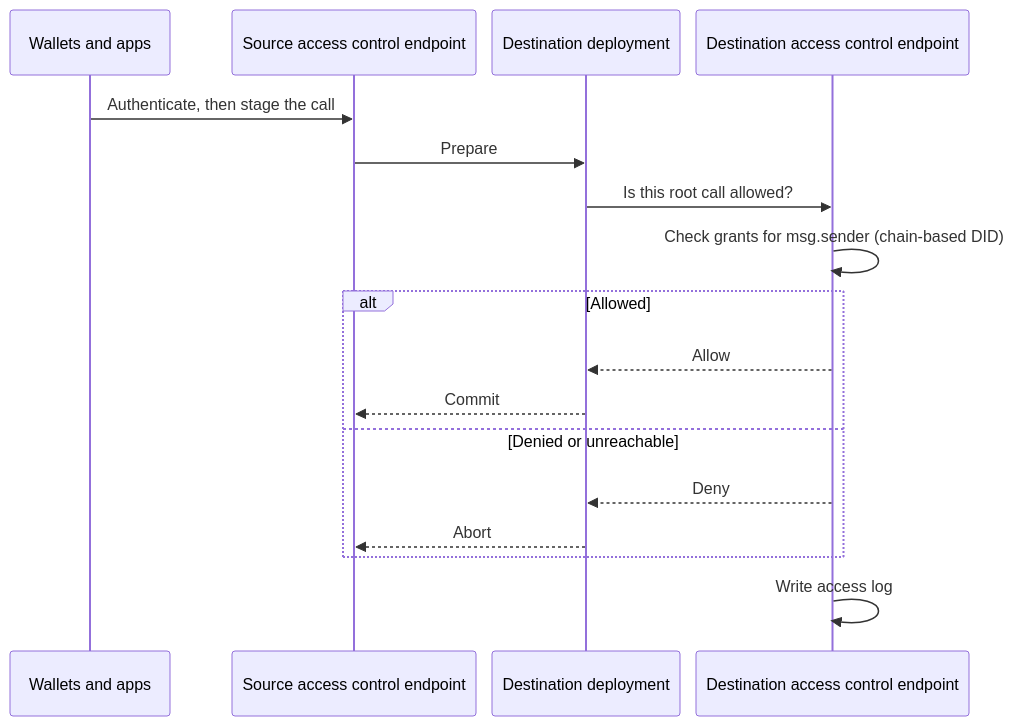
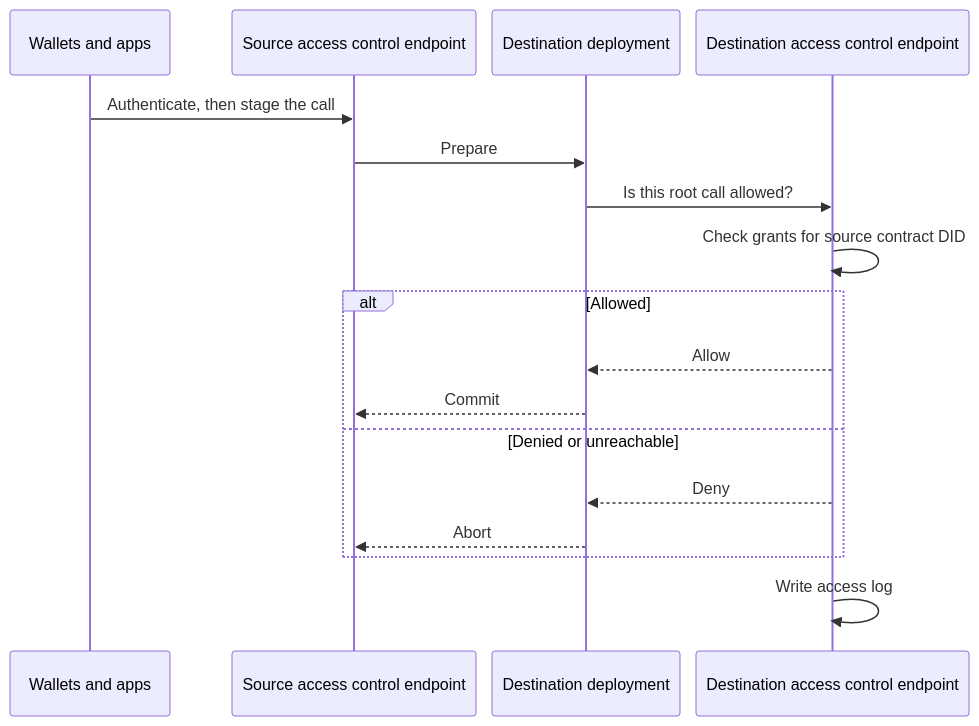
One commit to Consensys-Incorporated/doc.linea changed the second of 2 diagrams in docs/stack/deployment/deployment-interoperability.mdx. Above: the diagram before and after it, drawn with Mermaid. The commit also changed other lines of this file, not shown here.

````diff
--- a/docs/stack/deployment/deployment-interoperability.mdx
+++ b/docs/stack/deployment/deployment-interoperability.mdx
@@ -85,30 +86,30 @@
 ```mermaid
 %%{init: {
   "themeVariables": {
     "fontFamily": "AtypText, sans-serif"
   },
   "sequence": {
     "useMaxWidth": true,
     "actorMargin": 16,
     "width": 160
   }
 }}%%
 sequenceDiagram
   participant App as Wallets and apps
   participant Src as Source access control endpoint
   participant Dest as Destination deployment
   participant DestEP as Destination access control endpoint
 
   App->>Src: Authenticate, then stage the call
   Src->>Dest: Prepare
   Dest->>DestEP: Is this root call allowed?
-  DestEP->>DestEP: Check grants for msg.sender (chain-based DID)
+  DestEP->>DestEP: Check grants for source contract DID
   alt Allowed
     DestEP-->>Dest: Allow
     Dest-->>Src: Commit
   else Denied or unreachable
     DestEP-->>Dest: Deny
     Dest-->>Src: Abort
   end
   DestEP->>DestEP: Write access log
 ```
````
